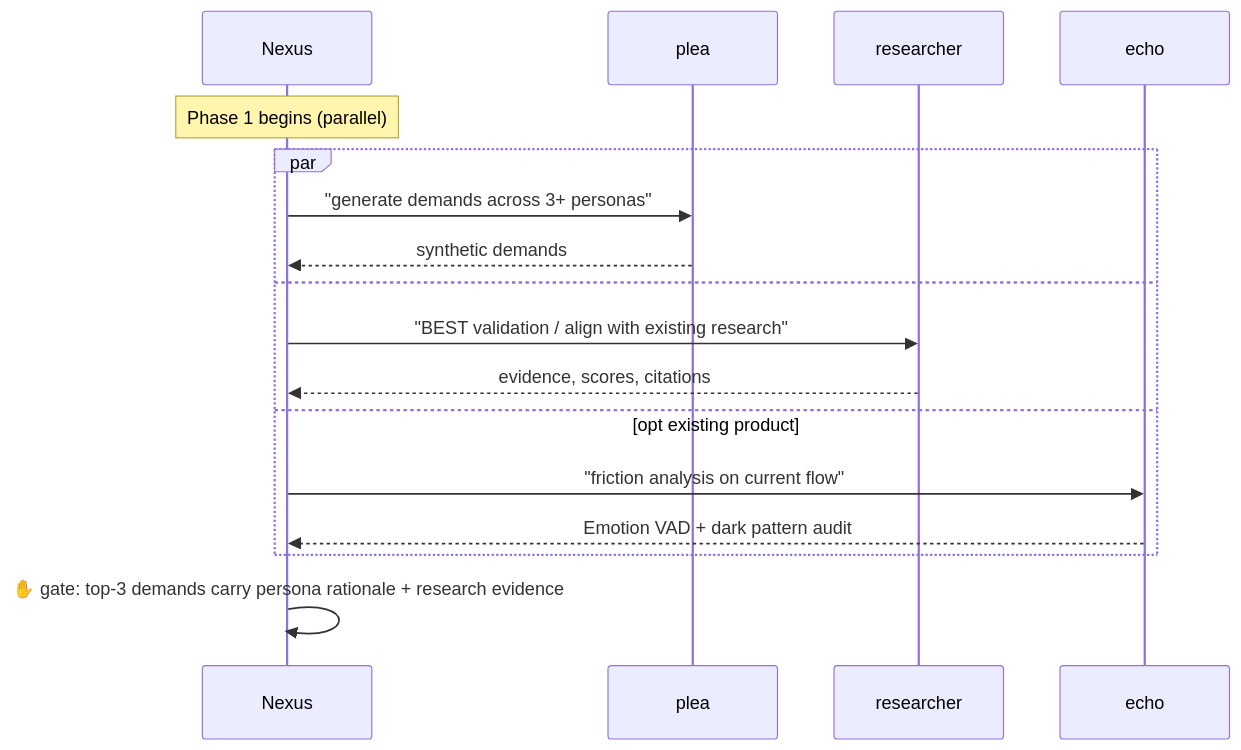
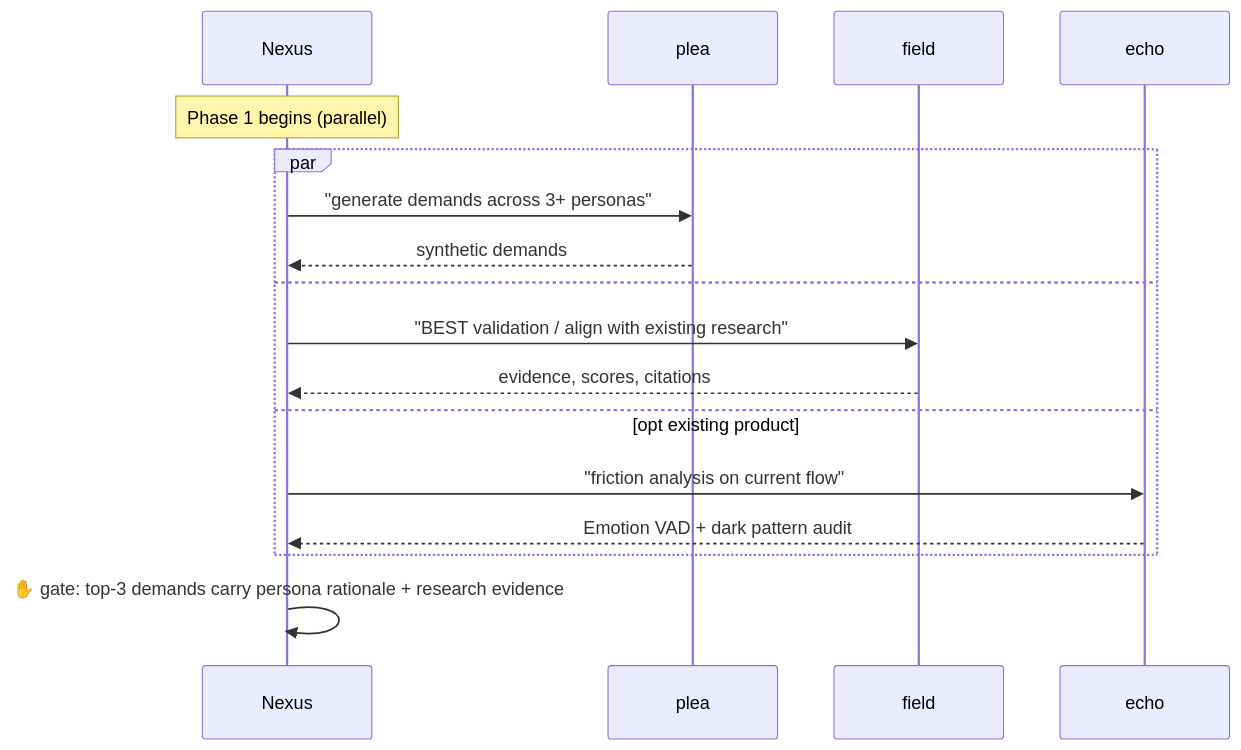
The third of 14 diagrams in nexus/reference/apex-walkthrough.md (simota/agent-skills), drawn with Mermaid before and after one commit. The commit also changed other lines of this file and 9 other files, not shown here.

````diff
--- a/nexus/reference/apex-walkthrough.md
+++ b/nexus/reference/apex-walkthrough.md
@@ -179,19 +179,19 @@
 ```mermaid
 sequenceDiagram
     participant N as Nexus
     participant Pl as plea
-    participant R as researcher
+    participant R as field
     participant E as echo
     Note over N: Phase 1 begins (parallel)
     par
         N->>Pl: "generate demands across 3+ personas"
         Pl-->>N: synthetic demands #1-#9 + LLM prompts
     and
         N->>R: "BEST validation / align with existing research"
         R-->>N: evidence, scores, citations
     and opt existing product
         N->>E: "friction analysis on current flow"
         E-->>N: Emotion VAD + dark pattern audit
     end
     N->>N: ✋ gate: top-3 demands carry persona rationale + research evidence
 ```
````
